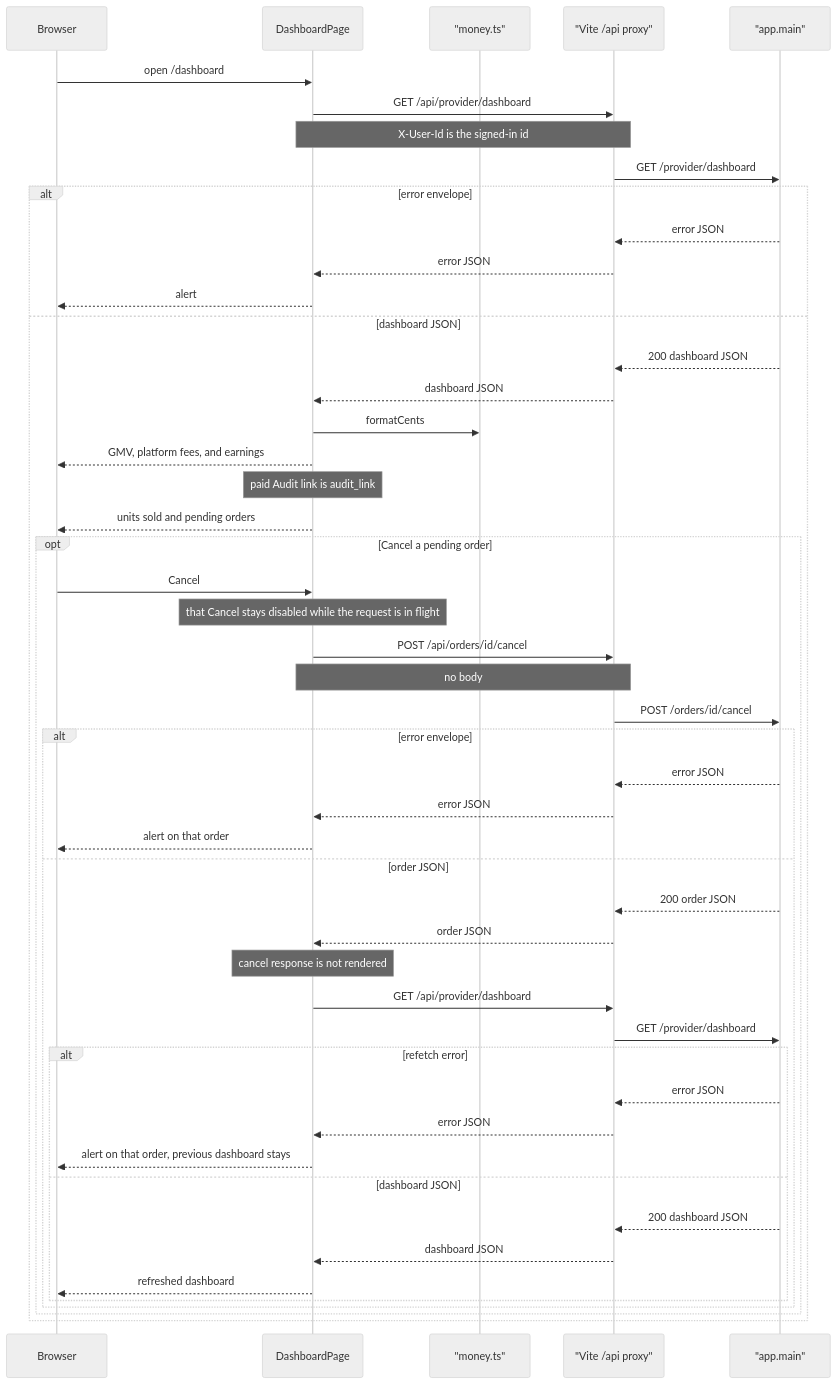
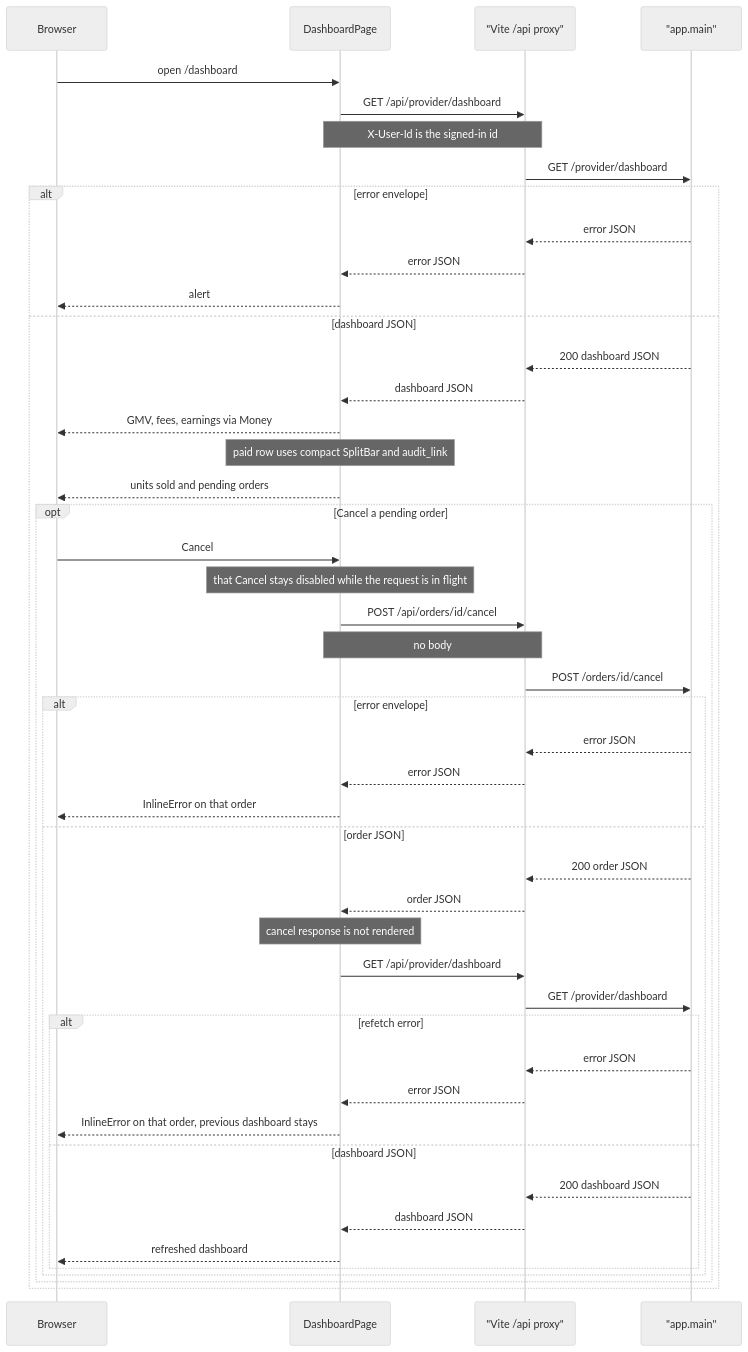
The eighth of 10 diagrams in docs/diagrams/flows/frontend-shell.md (drtclem/cerbo_wk1), drawn with Mermaid (neutral theme) before and after one commit. The commit also changed other lines of this file and 26 other files, not shown here.

Commit message:
T18: design system, app shell, and split bar

````diff
--- a/docs/diagrams/flows/frontend-shell.md
+++ b/docs/diagrams/flows/frontend-shell.md
@@ -367,52 +363,50 @@
 ```mermaid
 sequenceDiagram
   participant Browser
   participant Page as DashboardPage
-  participant Money as "money.ts"
   participant Proxy as "Vite /api proxy"
   participant API as "app.main"
 
   Browser->>Page: open /dashboard
   Page->>Proxy: GET /api/provider/dashboard
   Note over Page,Proxy: X-User-Id is the signed-in id
   Proxy->>API: GET /provider/dashboard
   alt error envelope
     API-->>Proxy: error JSON
     Proxy-->>Page: error JSON
     Page-->>Browser: alert
   else dashboard JSON
     API-->>Proxy: 200 dashboard JSON
     Proxy-->>Page: dashboard JSON
-    Page->>Money: formatCents
-    Page-->>Browser: GMV, platform fees, and earnings
-    Note over Page: paid Audit link is audit_link
+    Page-->>Browser: GMV, fees, earnings via Money
+    Note over Page: paid row uses compact SplitBar and audit_link
     Page-->>Browser: units sold and pending orders
     opt Cancel a pending order
       Browser->>Page: Cancel
       Note over Page: that Cancel stays disabled while the request is in flight
       Page->>Proxy: POST /api/orders/id/cancel
       Note over Page,Proxy: no body
       Proxy->>API: POST /orders/id/cancel
       alt error envelope
         API-->>Proxy: error JSON
         Proxy-->>Page: error JSON
-        Page-->>Browser: alert on that order
+        Page-->>Browser: InlineError on that order
       else order JSON
         API-->>Proxy: 200 order JSON
         Proxy-->>Page: order JSON
         Note over Page: cancel response is not rendered
         Page->>Proxy: GET /api/provider/dashboard
         Proxy->>API: GET /provider/dashboard
         alt refetch error
           API-->>Proxy: error JSON
           Proxy-->>Page: error JSON
-          Page-->>Browser: alert on that order, previous dashboard stays
+          Page-->>Browser: InlineError on that order, previous dashboard stays
         else dashboard JSON
           API-->>Proxy: 200 dashboard JSON
           Proxy-->>Page: dashboard JSON
           Page-->>Browser: refreshed dashboard
         end
       end
     end
   end
 ```
````
